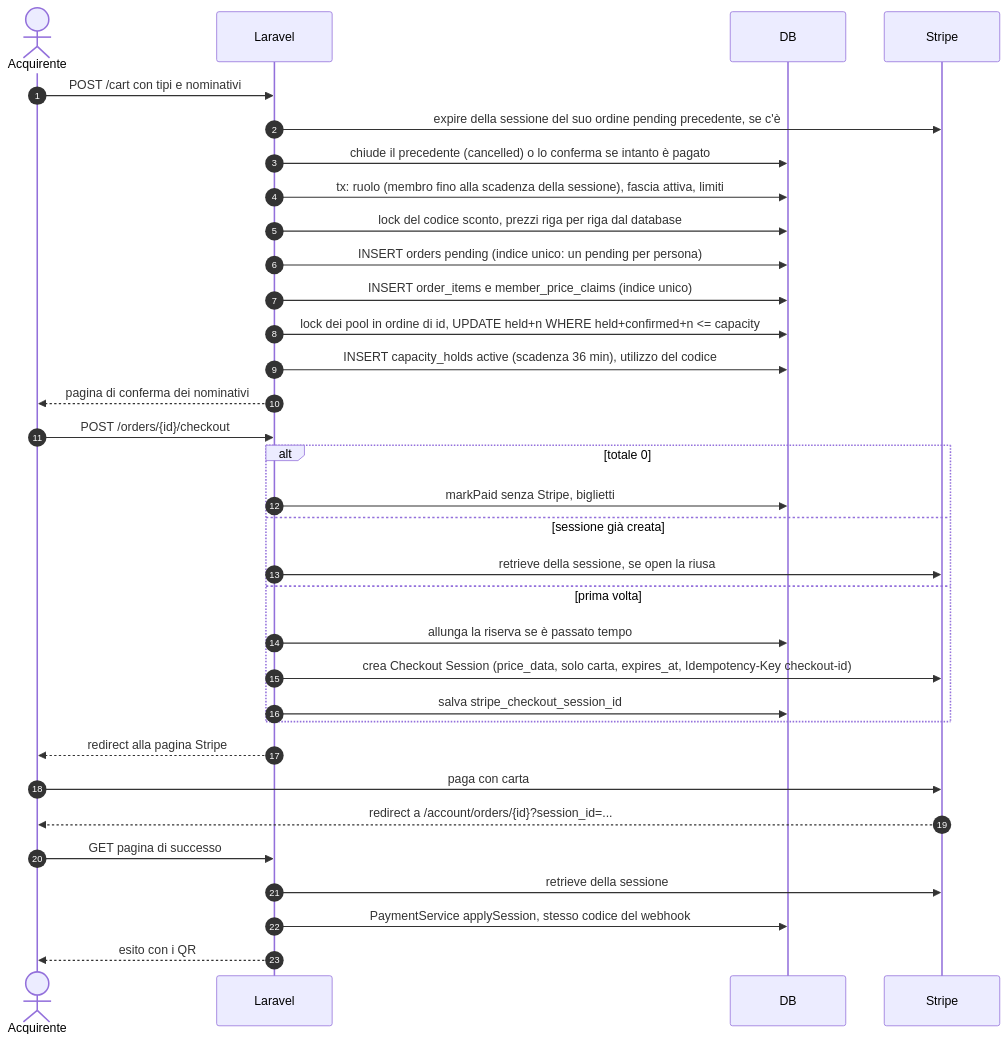
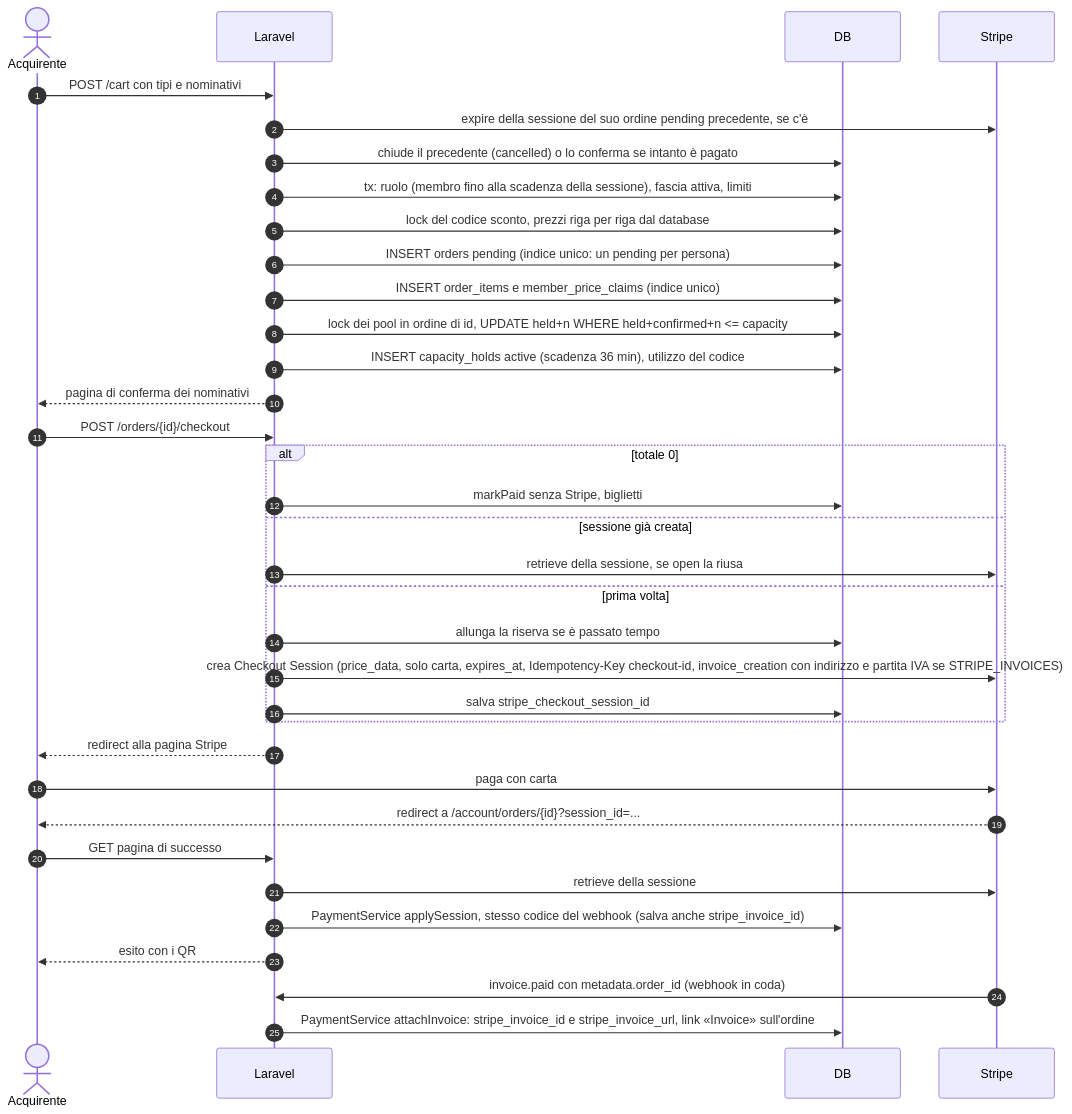
The first of 8 diagrams in docs/tecnico/flussi.md (julioojospintados/stripe-eventals), drawn with Mermaid before and after one commit. The commit also changed other lines of this file and 53 other files, not shown here.

First line of the commit message:
Adeguamenti alle risposte di Simone: fatture Stripe, server pieno, deploy con git pull, staging

````diff
--- a/docs/tecnico/flussi.md
+++ b/docs/tecnico/flussi.md
@@ -14,35 +14,37 @@
 ```mermaid
 sequenceDiagram
     autonumber
     actor U as Acquirente
     participant App as Laravel
     participant DB
     participant S as Stripe
     U->>App: POST /cart con tipi e nominativi
     App->>S: expire della sessione del suo ordine pending precedente, se c'è
     App->>DB: chiude il precedente (cancelled) o lo conferma se intanto è pagato
     App->>DB: tx: ruolo (membro fino alla scadenza della sessione), fascia attiva, limiti
     App->>DB: lock del codice sconto, prezzi riga per riga dal database
     App->>DB: INSERT orders pending (indice unico: un pending per persona)
     App->>DB: INSERT order_items e member_price_claims (indice unico)
     App->>DB: lock dei pool in ordine di id, UPDATE held+n WHERE held+confirmed+n <= capacity
     App->>DB: INSERT capacity_holds active (scadenza 36 min), utilizzo del codice
     App-->>U: pagina di conferma dei nominativi
     U->>App: POST /orders/{id}/checkout
     alt totale 0
         App->>DB: markPaid senza Stripe, biglietti
     else sessione già creata
         App->>S: retrieve della sessione, se open la riusa
     else prima volta
         App->>DB: allunga la riserva se è passato tempo
-        App->>S: crea Checkout Session (price_data, solo carta, expires_at, Idempotency-Key checkout-id)
+        App->>S: crea Checkout Session (price_data, solo carta, expires_at, Idempotency-Key checkout-id, invoice_creation con indirizzo e partita IVA se STRIPE_INVOICES)
         App->>DB: salva stripe_checkout_session_id
     end
     App-->>U: redirect alla pagina Stripe
     U->>S: paga con carta
     S-->>U: redirect a /account/orders/{id}?session_id=...
     U->>App: GET pagina di successo
     App->>S: retrieve della sessione
-    App->>DB: PaymentService applySession, stesso codice del webhook
+    App->>DB: PaymentService applySession, stesso codice del webhook (salva anche stripe_invoice_id)
     App-->>U: esito con i QR
+    S->>App: invoice.paid con metadata.order_id (webhook in coda)
+    App->>DB: PaymentService attachInvoice: stripe_invoice_id e stripe_invoice_url, link «Invoice» sull'ordine
 ```
````
